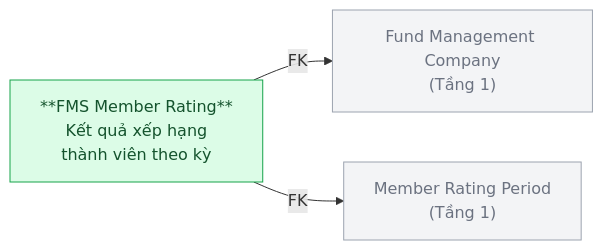
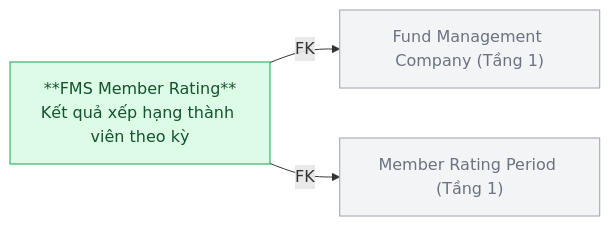
One commit to linhlvit/ubck_atomic_design changed diagram 12 of 16 in Silver/hld/FMS_HLD_Tier2.md. Above: the diagram before and after it, drawn with Mermaid. The commit also changed other lines of this file and 1 other file, not shown here.

Commit message:
HLD FMS Tier 2

````diff
--- a/Silver/hld/FMS_HLD_Tier2.md
+++ b/Silver/hld/FMS_HLD_Tier2.md
@@ -300,12 +285,12 @@
 ```mermaid
 graph LR
     classDef silver fill:#dcfce7,stroke:#16a34a,color:#14532d
     classDef refnode fill:#f3f4f6,stroke:#9ca3af,color:#6b7280
 
-    FMC["Fund Management Company\n(Tầng 1)"]:::refnode
-    MRP["Member Rating Period\n(Tầng 1)"]:::refnode
-    RATING["**FMS Member Rating**\nKết quả xếp hạng\nthành viên theo kỳ"]:::silver
+    FMC["Fund Management Company (Tầng 1)"]:::refnode
+    MRP["Member Rating Period (Tầng 1)"]:::refnode
+    RATING["**FMS Member Rating**\nKết quả xếp hạng thành viên theo kỳ"]:::silver
 
     RATING -->|FK| FMC
     RATING -->|FK| MRP
 ```
````
